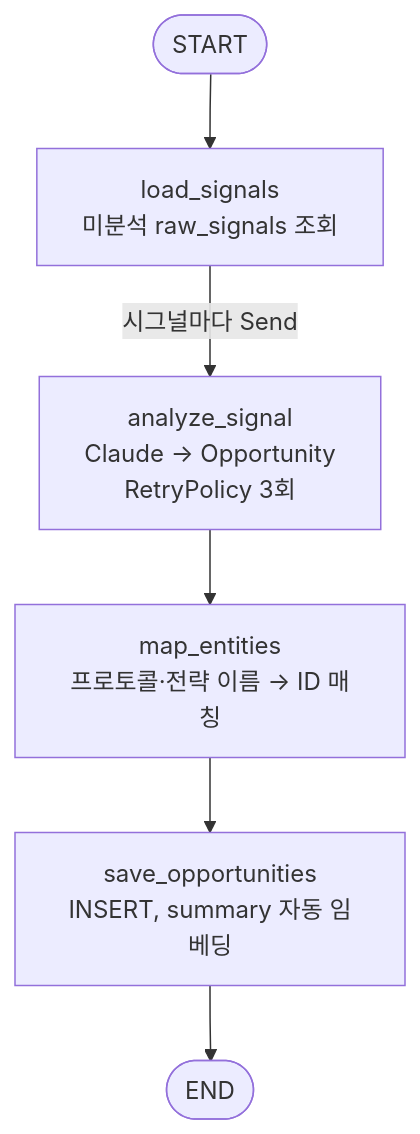
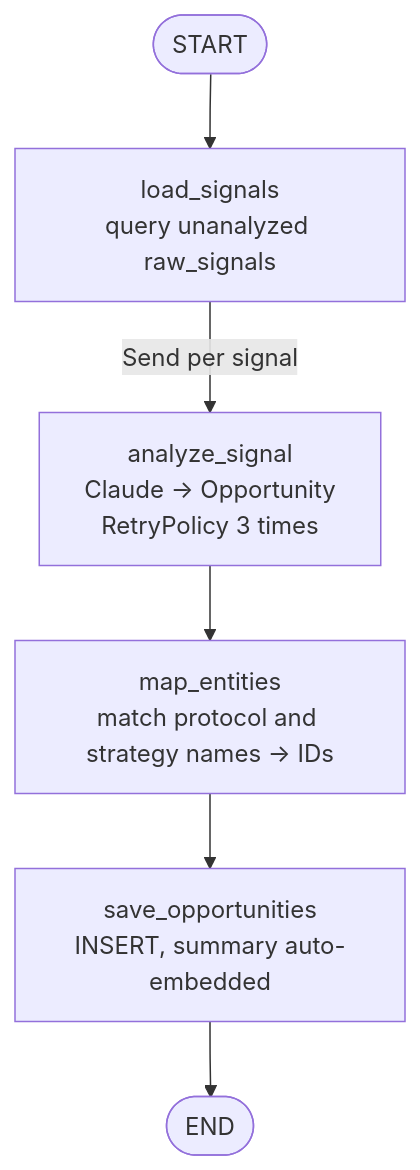
One commit to pdkajonpai-thai/tidb-mem9-demo changed the third of 4 diagrams in docs/ARCHITECTURE.md. Above: the diagram before and after it, drawn with Mermaid. The commit also changed other lines of this file and 37 other files, not shown here.

First line of the commit message:
Translate code comments, docstrings, README and ARCHITECTURE.md to English

````diff
--- a/docs/ARCHITECTURE.md
+++ b/docs/ARCHITECTURE.md
@@ -300,8 +300,8 @@
 ```mermaid
 flowchart TD
-  S([START]) --> L[load_signals<br/>미분석 raw_signals 조회]
-  L -- 시그널마다 Send --> A[analyze_signal<br/>Claude → Opportunity<br/>RetryPolicy 3회]
-  A --> M[map_entities<br/>프로토콜·전략 이름 → ID 매칭]
-  M --> W[save_opportunities<br/>INSERT, summary 자동 임베딩]
+  S([START]) --> L[load_signals<br/>query unanalyzed raw_signals]
+  L -- Send per signal --> A[analyze_signal<br/>Claude → Opportunity<br/>RetryPolicy 3 times]
+  A --> M[map_entities<br/>match protocol and strategy names → IDs]
+  M --> W[save_opportunities<br/>INSERT, summary auto-embedded]
   W --> E([END])
 ```
````
